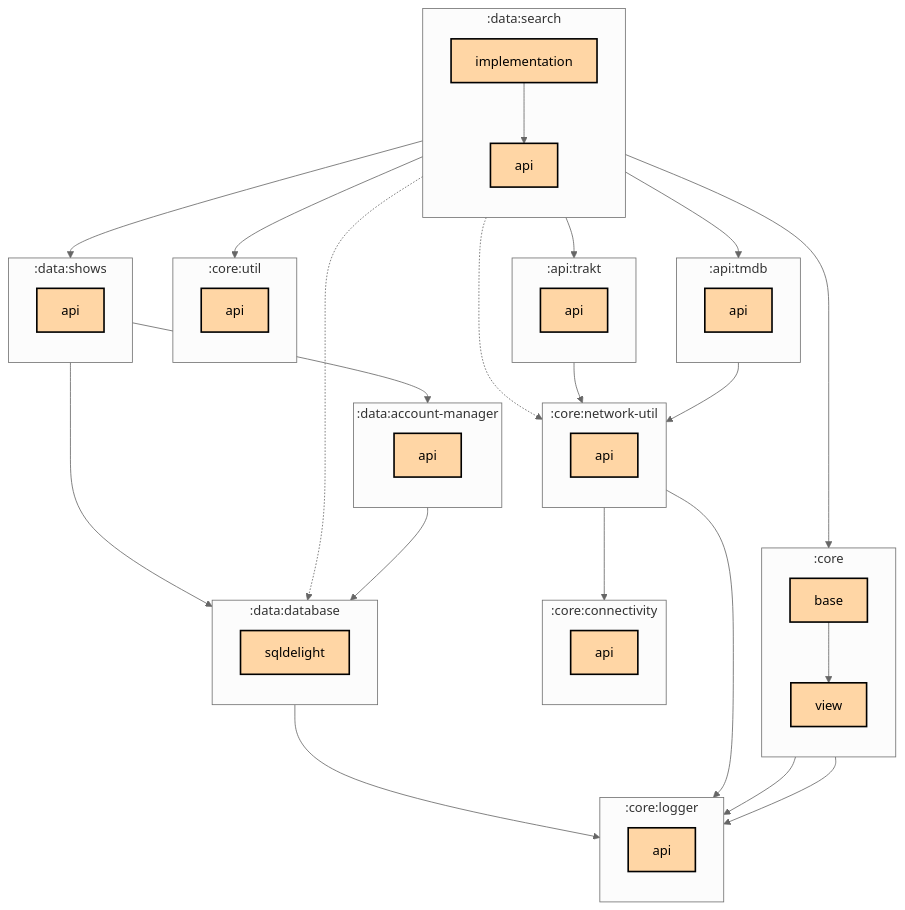
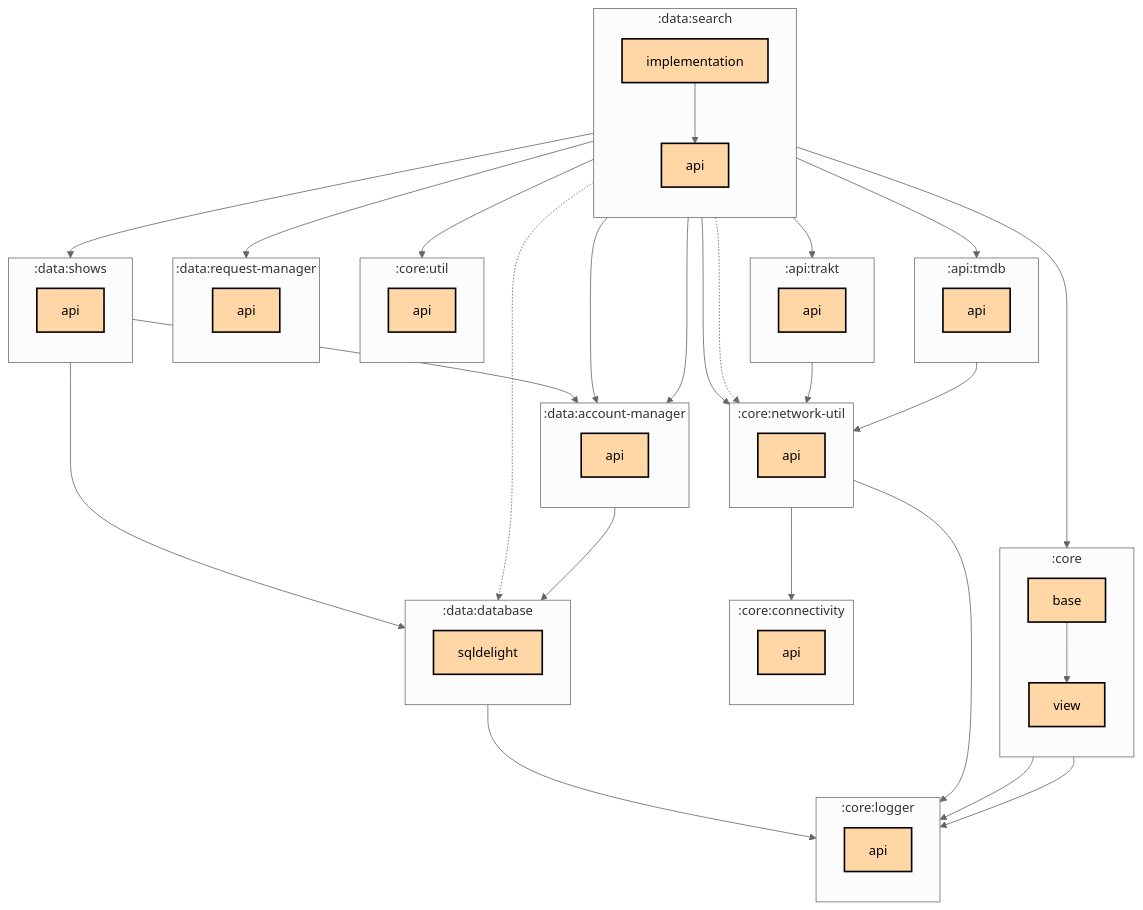
One commit to thomaskioko/tv-maniac changed the first of 2 diagrams in data/search/implementation/README.md. Above: the diagram before and after it, drawn with Mermaid (neutral theme). The commit also changed 8 other files, not shown here.

Commit message:
Update module graph dependencies

```diff
--- a/data/search/implementation/README.md
+++ b/data/search/implementation/README.md
@@ -42,6 +42,10 @@
     direction TB
     :data:database:sqldelight[sqldelight]:::multiplatform
   end
+  subgraph :data:request-manager
+    direction TB
+    :data:request-manager:api[api]:::multiplatform
+  end
   subgraph :data:search
     direction TB
     :data:search:api[api]:::multiplatform
@@ -61,13 +65,17 @@
   :core:view --> :core:logger:api
   :data:account-manager:api --> :data:database:sqldelight
   :data:database:sqldelight --> :core:logger:api
+  :data:search:api --> :core:network-util:api
+  :data:search:api --> :data:account-manager:api
   :data:search:api --> :data:shows:api
   :data:search:implementation --> :api:tmdb:api
   :data:search:implementation --> :api:trakt:api
   :data:search:implementation --> :core:base
   :data:search:implementation -.-> :core:network-util:api
   :data:search:implementation --> :core:util:api
+  :data:search:implementation --> :data:account-manager:api
   :data:search:implementation -.-> :data:database:sqldelight
+  :data:search:implementation --> :data:request-manager:api
   :data:search:implementation --> :data:search:api
   :data:shows:api --> :data:account-manager:api
   :data:shows:api --> :data:database:sqldelight
```
